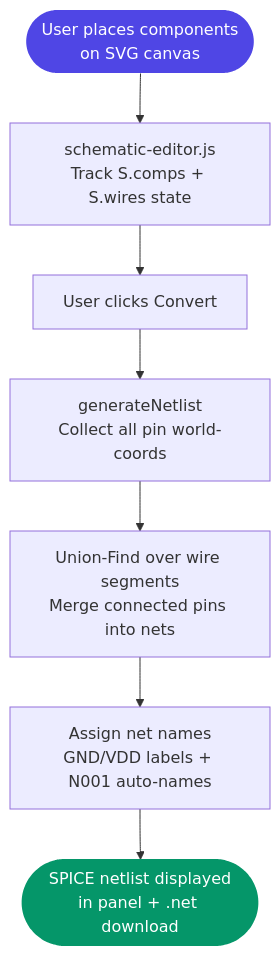
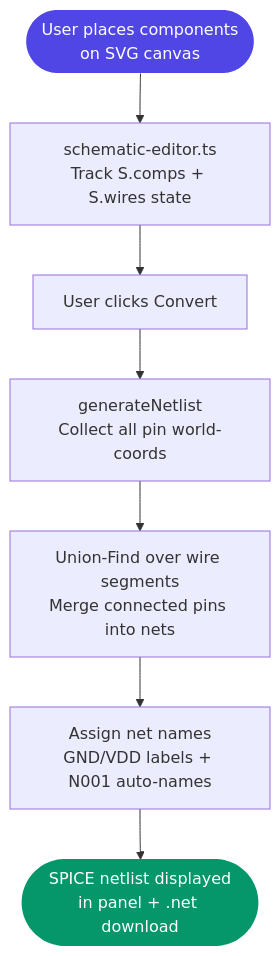
Before and after one commit to MNADITYA05/WEAVE: the second of 2 diagrams in README.md, drawn with Mermaid. The commit also changed other lines of this file, not shown here.

````diff
--- a/README.md
+++ b/README.md
@@ -119,12 +123,12 @@
 ```mermaid
 flowchart TD
-    A([User places components\non SVG canvas]) --> B[schematic-editor.js\nTrack S.comps + S.wires state]
+    A([User places components\non SVG canvas]) --> B[schematic-editor.ts\nTrack S.comps + S.wires state]
     B --> C[User clicks Convert]
     C --> D[generateNetlist\nCollect all pin world-coords]
     D --> E[Union-Find over wire segments\nMerge connected pins into nets]
     E --> F[Assign net names\nGND/VDD labels + N001 auto-names]
     F --> G([SPICE netlist displayed\nin panel + .net download])
 
     style A fill:#4F46E5,color:#fff,stroke:none
     style G fill:#059669,color:#fff,stroke:none
 ```
````
